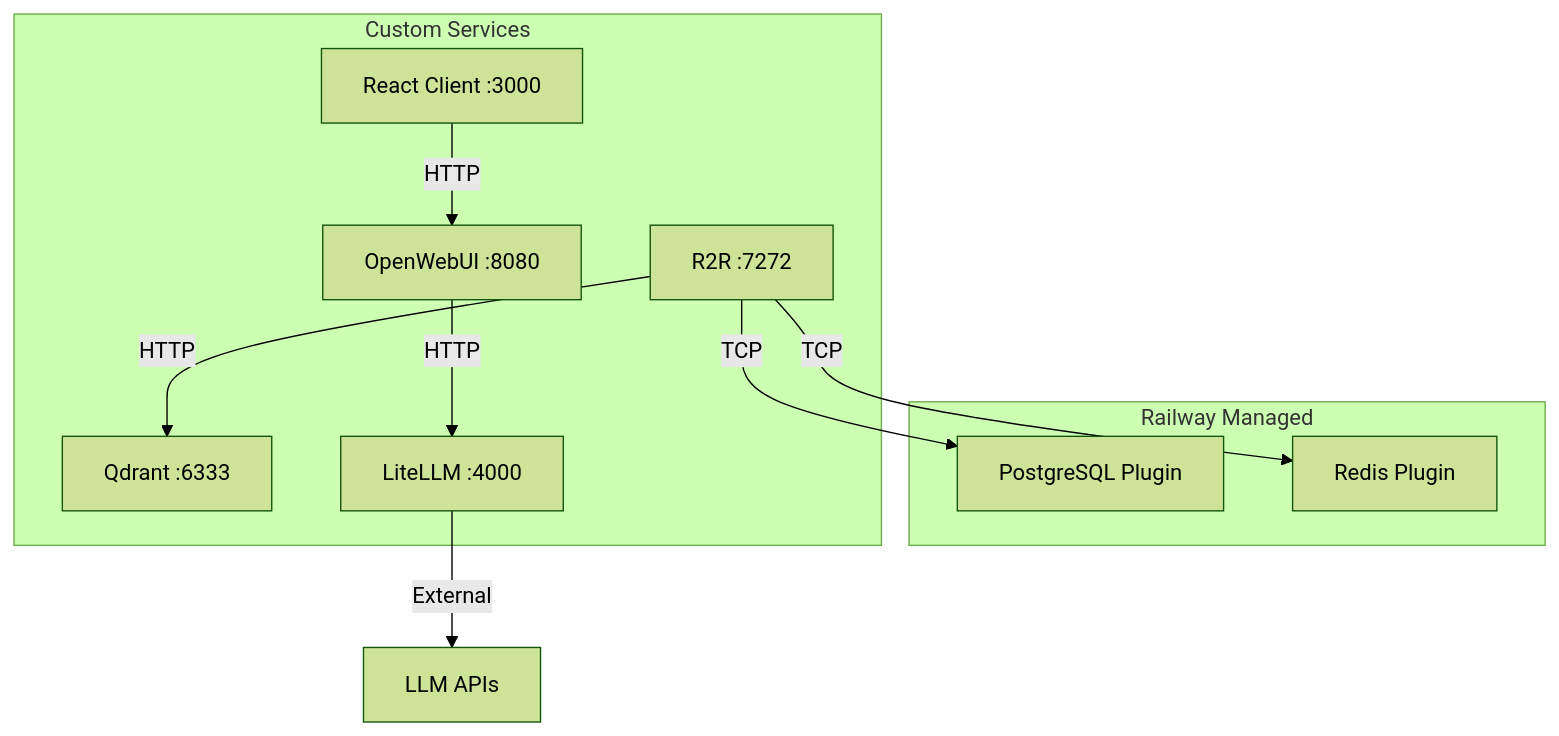
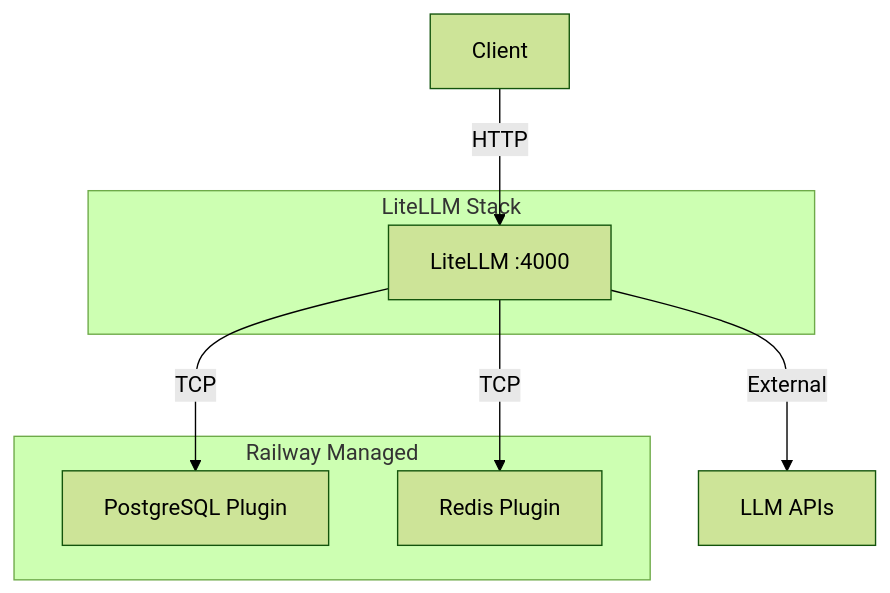
One commit to nanocreek/llm-stack changed the first of 2 diagrams in plans/railway-template-architecture.md. Above: the diagram before and after it, drawn with Mermaid (forest theme). The commit also changed other lines of this file and 60 other files, not shown here.

Commit message:
refactor: simplify to LiteLLM + PostgreSQL + Redis only

````diff
--- a/plans/railway-template-architecture.md
+++ b/plans/railway-template-architecture.md
@@ -31,22 +28,17 @@
 ```mermaid
 graph TB
     subgraph Railway Managed
         PG[PostgreSQL Plugin]
         RD[Redis Plugin]
     end
     
-    subgraph Custom Services
-        RC[React Client :3000]
-        R2R[R2R :7272]
-        QD[Qdrant :6333]
+    subgraph LiteLLM Stack
         LL[LiteLLM :4000]
-        OW[OpenWebUI :8080]
     end
     
-    RC -->|HTTP| OW
-    OW -->|HTTP| LL
-    R2R -->|TCP| PG
-    R2R -->|HTTP| QD
-    R2R -->|TCP| RD
+    LL -->|TCP| PG
+    LL -->|TCP| RD
     LL -->|External| LLM[LLM APIs]
+    
+    Client -->|HTTP| LL
 ```
````
